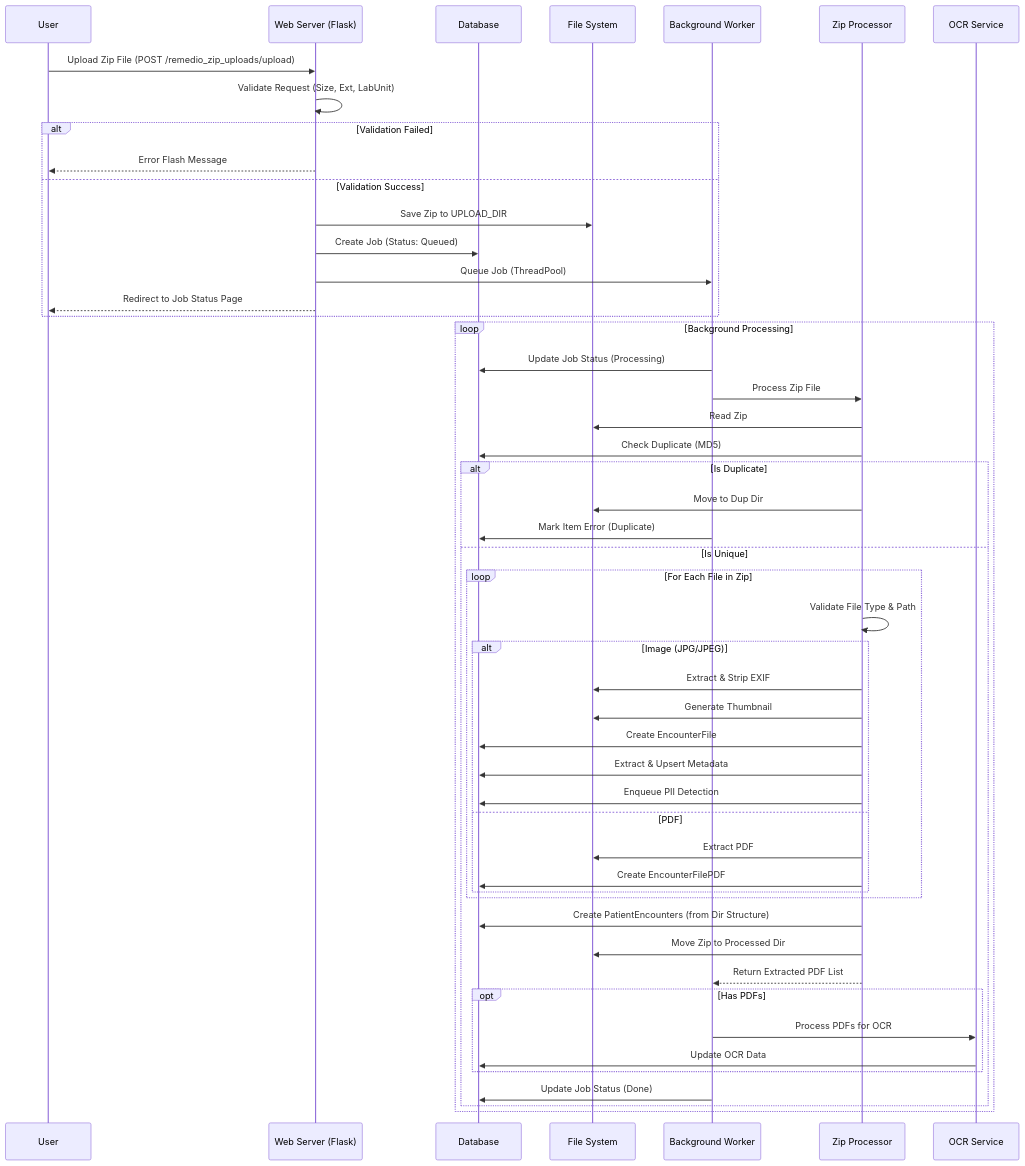
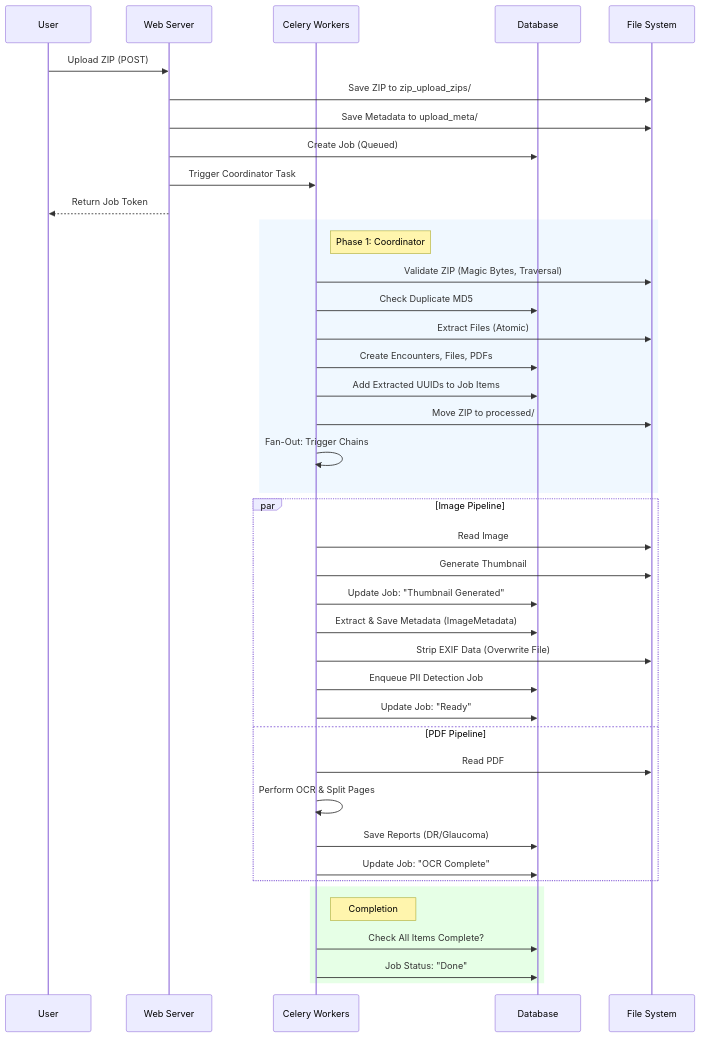
Before and after one commit to drguptavivek/fundus_img_xtract: the diagram in docs/08-Workflow/01-Zip_Upload_Workflow.md, drawn with Mermaid. The commit also changed other lines of this file and 16 other files, not shown here.

First line of the commit message:
feat: stabilize async upload architecture and documentation

````diff
--- a/docs/08-Workflow/01-Zip_Upload_Workflow.md
+++ b/docs/08-Workflow/01-Zip_Upload_Workflow.md
@@ -45,60 +109,48 @@
 ```mermaid
 sequenceDiagram
     participant User
-    participant WebServer as Web Server (Flask)
+    participant Web as Web Server
+    participant Celery as Celery Workers
     participant DB as Database
-    participant FileSystem as File System
-    participant Worker as Background Worker
-    participant ZipProcessor as Zip Processor
-    participant OCR as OCR Service
+    participant FS as File System
 
-    User->>WebServer: Upload Zip File (POST /remedio_zip_uploads/upload)
-    WebServer->>WebServer: Validate Request (Size, Ext, LabUnit)
-    alt Validation Failed
-        WebServer-->>User: Error Flash Message
-    else Validation Success
-        WebServer->>FileSystem: Save Zip to UPLOAD_DIR
-        WebServer->>DB: Create Job (Status: Queued)
-        WebServer->>Worker: Queue Job (ThreadPool)
-        WebServer-->>User: Redirect to Job Status Page
+    User->>Web: Upload ZIP (POST)
+    Web->>FS: Save ZIP to zip_upload_zips/
+    Web->>FS: Save Metadata to upload_meta/
+    Web->>DB: Create Job (Queued)
+    Web->>Celery: Trigger Coordinator Task
+    Web-->>User: Return Job Token
+
+    rect rgb(240, 248, 255)
+    note right of Celery: Phase 1: Coordinator
+    Celery->>FS: Validate ZIP (Magic Bytes, Traversal)
+    Celery->>DB: Check Duplicate MD5
+    Celery->>FS: Extract Files (Atomic)
+    Celery->>DB: Create Encounters, Files, PDFs
+    Celery->>DB: Add Extracted UUIDs to Job Items
+    Celery->>FS: Move ZIP to processed/
+    Celery->>Celery: Fan-Out: Trigger Chains
     end
 
-    loop Background Processing
-        Worker->>DB: Update Job Status (Processing)
-        Worker->>ZipProcessor: Process Zip File
+    par Image Pipeline
+        Celery->>FS: Read Image
+        Celery->>FS: Generate Thumbnail
+        Celery->>DB: Update Job: "Thumbnail Generated"
         
-        ZipProcessor->>FileSystem: Read Zip
-        ZipProcessor->>DB: Check Duplicate (MD5)
-        
-        alt Is Duplicate
-            ZipProcessor->>FileSystem: Move to Dup Dir
-            Worker->>DB: Mark Item Error (Duplicate)
-        else Is Unique
-            loop For Each File in Zip
-                ZipProcessor->>ZipProcessor: Validate File Type & Path
-                
-                alt Image (JPG/JPEG)
-                    ZipProcessor->>FileSystem: Extract & Strip EXIF
-                    ZipProcessor->>FileSystem: Generate Thumbnail
-                    ZipProcessor->>DB: Create EncounterFile
-                    ZipProcessor->>DB: Extract & Upsert Metadata
-                    ZipProcessor->>DB: Enqueue PII Detection
-                else PDF
-                    ZipProcessor->>FileSystem: Extract PDF
-                    ZipProcessor->>DB: Create EncounterFilePDF
-                end
-            end
-            
-            ZipProcessor->>DB: Create PatientEncounters (from Dir Structure)
-            ZipProcessor->>FileSystem: Move Zip to Processed Dir
-            ZipProcessor-->>Worker: Return Extracted PDF List
-            
-            opt Has PDFs
-                Worker->>OCR: Process PDFs for OCR
-                OCR->>DB: Update OCR Data
-            end
-            
-            Worker->>DB: Update Job Status (Done)
-        end
+        Celery->>DB: Extract & Save Metadata (ImageMetadata)
+        Celery->>FS: Strip EXIF Data (Overwrite File)
+        Celery->>DB: Enqueue PII Detection Job
+        Celery->>DB: Update Job: "Ready"
+    and PDF Pipeline
+        Celery->>FS: Read PDF
+        Celery->>Celery: Perform OCR & Split Pages
+        Celery->>DB: Save Reports (DR/Glaucoma)
+        Celery->>DB: Update Job: "OCR Complete"
+    end
+
+    rect rgb(230, 255, 230)
+    note right of Celery: Completion
+    Celery->>DB: Check All Items Complete?
+    Celery->>DB: Job Status: "Done"
     end
 ```
````
